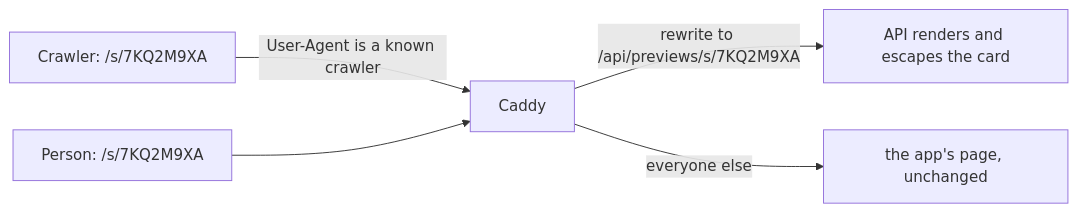
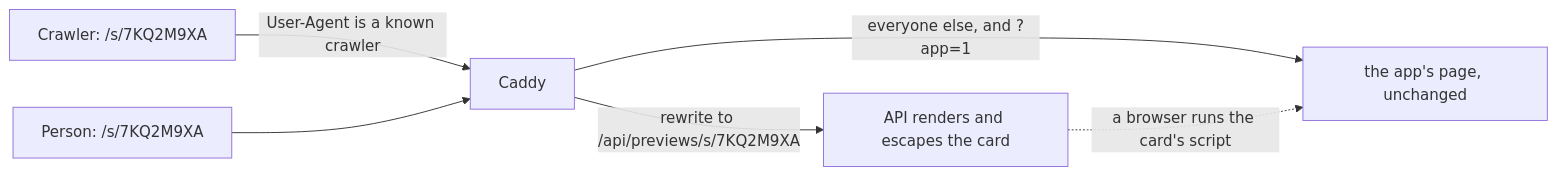
The diagram in docs/architecture/entry-links.md (vinh466/tohe-play), drawn with Mermaid before and after one commit. The commit also changed other lines of this file and 26 other files, not shown here.

````diff
--- a/docs/architecture/entry-links.md
+++ b/docs/architecture/entry-links.md
@@ -119,7 +121,8 @@
 ```mermaid
 flowchart LR
   C[Crawler: /s/7KQ2M9XA] -->|User-Agent is a known crawler| Caddy
   P[Person: /s/7KQ2M9XA] --> Caddy
   Caddy -->|rewrite to /api/previews/s/7KQ2M9XA| API[API renders and escapes the card]
-  Caddy -->|everyone else| App[the app's page, unchanged]
+  Caddy -->|everyone else, and ?app=1| App[the app's page, unchanged]
+  API -.->|a browser runs the card's script| App
 ```
````
